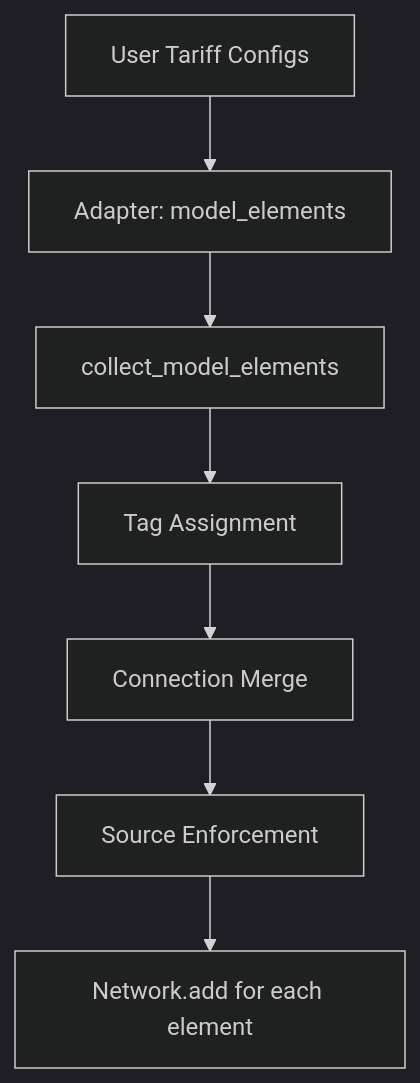
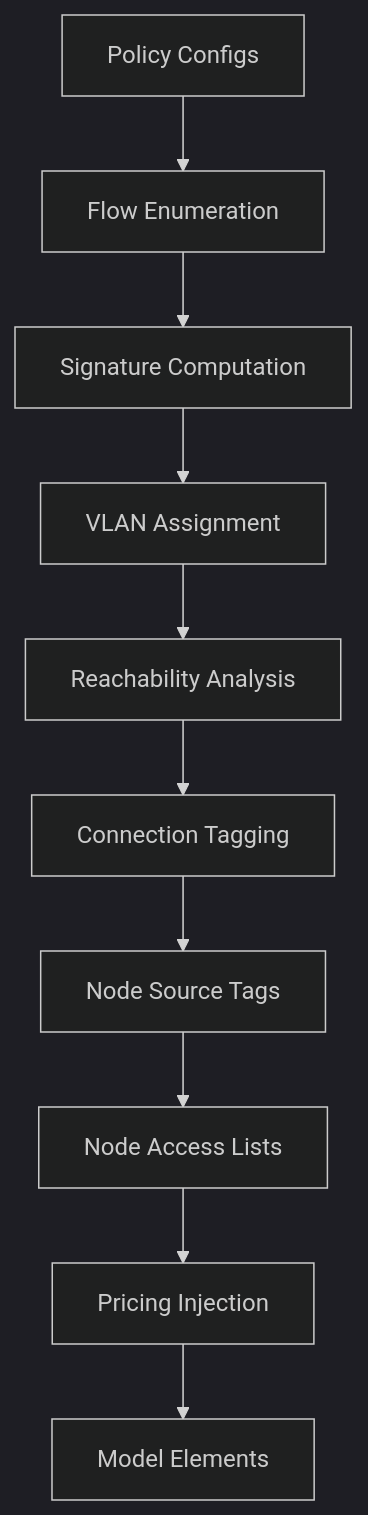
One commit to Legion-XD/haeo changed the diagram in docs/developer-guide/tariff-compilation.md. Above: the diagram before and after it, drawn with Mermaid (dark theme). The commit also changed other lines of this file and 2 other files, not shown here.

First line of the commit message:
docs: comprehensive power policy design with whitelist semantics and VLAN optimization

````diff
--- a/docs/developer-guide/tariff-compilation.md
+++ b/docs/developer-guide/tariff-compilation.md
@@ -15,9 +15,12 @@
 ```mermaid
 graph TD
-    A[User Tariff Configs] --> B[Adapter: model_elements]
-    B --> C[collect_model_elements]
-    C --> D[Tag Assignment]
-    D --> E[Connection Merge]
-    E --> F[Source Enforcement]
-    F --> G[Network.add for each element]
+    A[Policy Configs] --> B[Flow Enumeration]
+    B --> C[Signature Computation]
+    C --> D[VLAN Assignment]
+    D --> E[Reachability Analysis]
+    E --> F[Connection Tagging]
+    F --> G[Node Source Tags]
+    G --> H[Node Access Lists]
+    H --> I[Pricing Injection]
+    I --> J[Model Elements]
 ```
````
